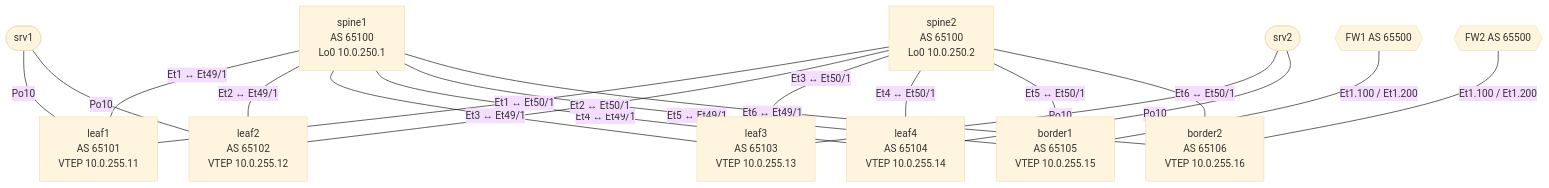
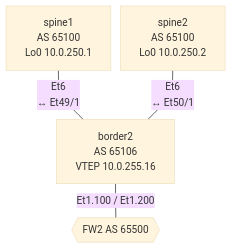
Before and after one commit to kscht/spiridus-docs: the sixth of 16 diagrams in examples/documents/30-evpn-fabric.md, drawn with Mermaid (base theme). The commit also changed other lines of this file and 56 other files, not shown here.

````diff
--- a/examples/documents/30-evpn-fabric.md
+++ b/examples/documents/30-evpn-fabric.md
@@ -47,29 +109,11 @@
 ```mermaid
+%%{init: {"flowchart": {"nodeSpacing": 15, "rankSpacing": 30, "diagramPadding": 8}}}%%
 graph TD
-  spine1["spine1<br>AS 65100<br>Lo0 10.0.250.1"]
-  spine2["spine2<br>AS 65100<br>Lo0 10.0.250.2"]
-  leaf1["leaf1<br>AS 65101<br>VTEP 10.0.255.11"]
-  leaf2["leaf2<br>AS 65102<br>VTEP 10.0.255.12"]
-  leaf3["leaf3<br>AS 65103<br>VTEP 10.0.255.13"]
-  leaf4["leaf4<br>AS 65104<br>VTEP 10.0.255.14"]
-  border1["border1<br>AS 65105<br>VTEP 10.0.255.15"]
-  border2["border2<br>AS 65106<br>VTEP 10.0.255.16"]
-  spine1 ---|"Et1 ↔ Et49/1"| leaf1
-  spine1 ---|"Et2 ↔ Et49/1"| leaf2
-  spine1 ---|"Et3 ↔ Et49/1"| leaf3
-  spine1 ---|"Et4 ↔ Et49/1"| leaf4
-  spine1 ---|"Et5 ↔ Et49/1"| border1
-  spine1 ---|"Et6 ↔ Et49/1"| border2
-  spine2 ---|"Et1 ↔ Et50/1"| leaf1
-  spine2 ---|"Et2 ↔ Et50/1"| leaf2
-  spine2 ---|"Et3 ↔ Et50/1"| leaf3
-  spine2 ---|"Et4 ↔ Et50/1"| leaf4
-  spine2 ---|"Et5 ↔ Et50/1"| border1
-  spine2 ---|"Et6 ↔ Et50/1"| border2
-  srv1(["srv1"]) ---|"Po10"| leaf1
-  srv1 ---|"Po10"| leaf2
-  srv2(["srv2"]) ---|"Po10"| leaf3
-  srv2 ---|"Po10"| leaf4
-  fw1{{"FW1 AS 65500"}} ---|"Et1.100 / Et1.200"| border1
-  fw2{{"FW2 AS 65500"}} ---|"Et1.100 / Et1.200"| border2
+border2["border2<br>AS 65106<br>VTEP 10.0.255.16"]
+fw2{{"FW2 AS 65500"}}
+spine1["spine1<br>AS 65100<br>Lo0 10.0.250.1"]
+spine2["spine2<br>AS 65100<br>Lo0 10.0.250.2"]
+spine1 ---|"Et6<br>↔ Et49/1"| border2
+spine2 ---|"Et6<br>↔ Et50/1"| border2
+border2 ---|"Et1.100 / Et1.200"| fw2
 ```
````
